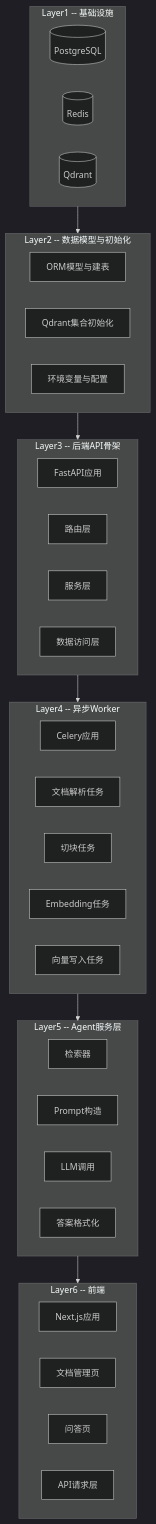
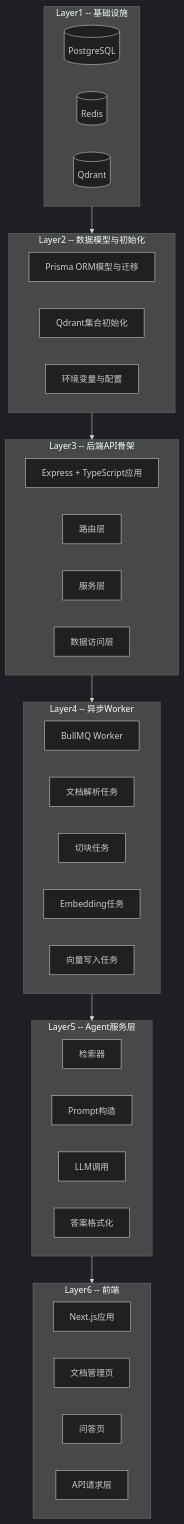
Before and after one commit to JY-Zee/practice-demo: the diagram in rag-demo/rag-layered-build_759c16ad.plan.md, drawn with Mermaid (dark theme). The commit also changed other lines of this file and 27 other files, not shown here.

````diff
--- a/rag-demo/rag-layered-build_759c16ad.plan.md
+++ b/rag-demo/rag-layered-build_759c16ad.plan.md
@@ -35,49 +35,49 @@
 ```mermaid
 flowchart TB
   subgraph L1 [Layer1 -- 基础设施]
     Postgres[(PostgreSQL)]
     Redis[(Redis)]
     Qdrant[(Qdrant)]
   end
 
   subgraph L2 [Layer2 -- 数据模型与初始化]
-    DBModels[ORM模型与建表]
+    PrismaModels[Prisma ORM模型与迁移]
     QdrantInit[Qdrant集合初始化]
     EnvConfig[环境变量与配置]
   end
 
   subgraph L3 [Layer3 -- 后端API骨架]
-    FastAPIApp[FastAPI应用]
+    ExpressApp[Express + TypeScript应用]
     Routers[路由层]
     Services[服务层]
     Repos[数据访问层]
   end
 
   subgraph L4 [Layer4 -- 异步Worker]
-    CeleryApp[Celery应用]
+    BullMQApp[BullMQ Worker]
     ParseTask[文档解析任务]
     ChunkTask[切块任务]
     EmbedTask[Embedding任务]
     UpsertTask[向量写入任务]
   end
 
   subgraph L5 [Layer5 -- Agent服务层]
     Retriever[检索器]
     PromptBuilder[Prompt构造]
     LLMClient[LLM调用]
     AnswerFormatter[答案格式化]
   end
 
   subgraph L6 [Layer6 -- 前端]
     NextApp[Next.js应用]
     DocPages[文档管理页]
     ChatPage[问答页]
     ApiClient[API请求层]
   end
 
   L1 --> L2
   L2 --> L3
   L3 --> L4
   L4 --> L5
   L5 --> L6
 ```
````
